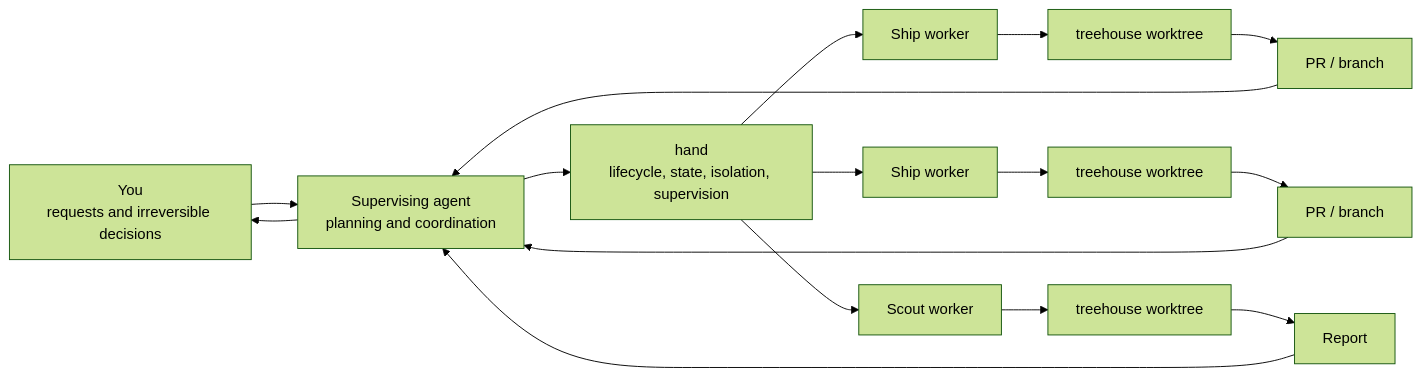
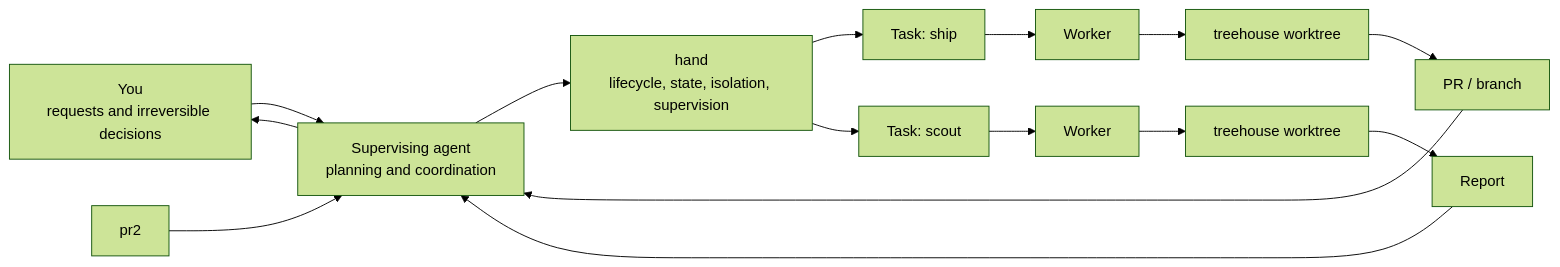
Before and after one commit to atqamz/hand: the third of 3 diagrams in README.md, drawn with Mermaid (forest theme). The commit also changed other lines of this file and 6 other files, not shown here.

````diff
--- a/README.md
+++ b/README.md
@@ -406,22 +410,21 @@
 ```mermaid
 flowchart LR
     user["You<br/>requests and irreversible decisions"] --> supervisor["Supervising agent<br/>planning and coordination"]
     supervisor --> hand["hand<br/>lifecycle, state, isolation, supervision"]
 
-    hand --> worker1["Ship worker"]
-    hand --> worker2["Ship worker"]
-    hand --> scout["Scout worker"]
+    hand --> shipTask["Task: ship"]
+    hand --> scoutTask["Task: scout"]
+    shipTask --> worker1["Worker"]
+    scoutTask --> worker2["Worker"]
 
     worker1 --> tree1["treehouse worktree"]
-    worker2 --> tree2["treehouse worktree"]
-    scout --> tree3["treehouse worktree"]
+    worker2 --> tree3["treehouse worktree"]
 
     tree1 --> pr1["PR / branch"]
-    tree2 --> pr2["PR / branch"]
     tree3 --> report["Report"]
 
     pr1 --> supervisor
     pr2 --> supervisor
     report --> supervisor
     supervisor --> user
 ```
````
